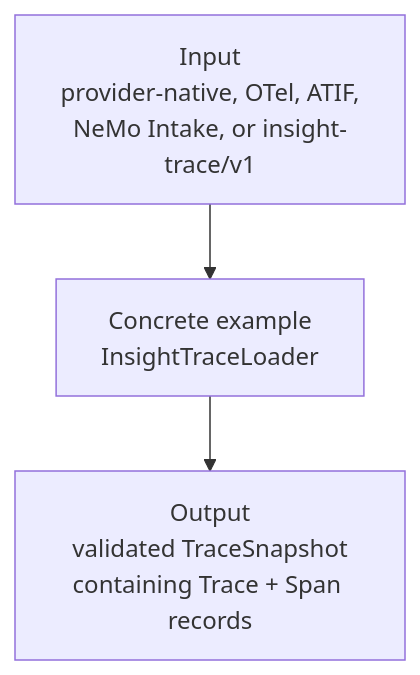
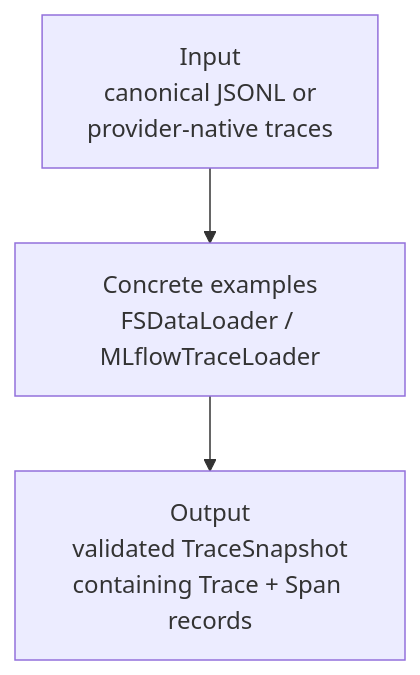
The second of 4 diagrams in docs/pipeline-architecture.md (NVIDIA-NeMo/labs-trace-intel), drawn with Mermaid before and after one commit. The commit also changed other lines of this file and 44 other files, not shown here.

First line of the commit message:
refactor: load canonical Trace JSONL directly (#27)

````diff
--- a/docs/pipeline-architecture.md
+++ b/docs/pipeline-architecture.md
@@ -41,7 +40,7 @@
 ```mermaid
 flowchart TB
-    input["Input<br/>provider-native, OTel, ATIF,<br/>NeMo Intake, or insight-trace/v1"]
-    normalize["Concrete example<br/>InsightTraceLoader"]
+    input["Input<br/>canonical JSONL or<br/>provider-native traces"]
+    normalize["Concrete examples<br/>FSDataLoader / MLflowTraceLoader"]
     output["Output<br/>validated TraceSnapshot<br/>containing Trace + Span records"]
     input --> normalize --> output
 ```
````
